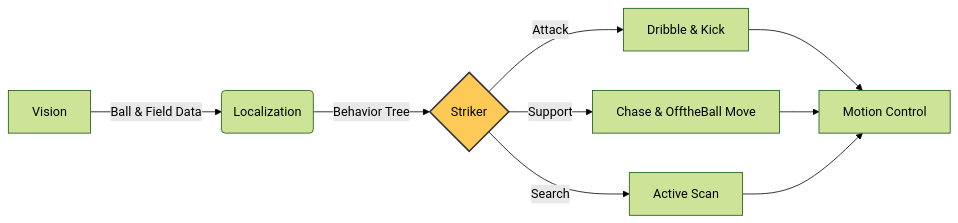
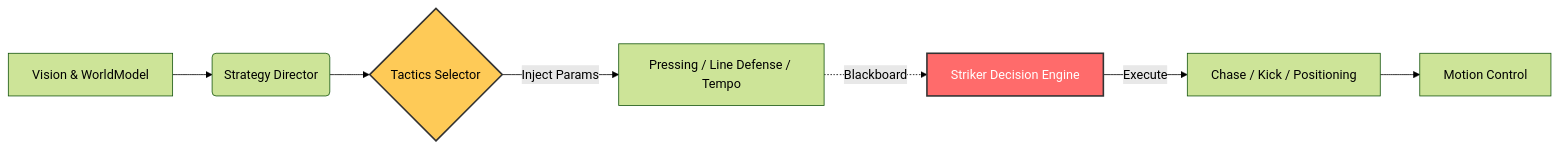
The diagram in README.md (Inha-united-soccer/INHA_Striker), drawn with Mermaid (forest theme) before and after one commit. The commit also changed other lines of this file, not shown here.

````diff
--- a/README.md
+++ b/README.md
@@ -49,15 +55,14 @@
 ```mermaid
 graph LR
-    A[Vision] -->|Ball & Field Data| B(Localization)
+    A[Vision & WorldModel] --> B(Strategy Director)
+    B --> C{Tactics Selector}
     
-    B -->|Behavior Tree| C{Striker}
-    C -->|Attack| D[Dribble & Kick]
-    C -->|Support| E[Chase & OfftheBall Move]
-    C -->|Search| F[Active Scan]
+    C -->|Inject Params| D[Pressing / Line Defense / Tempo]
+    D -.->|Blackboard| E[Striker Decision Engine]
     
-    D --> G[Motion Control]
-    E --> G
-    F --> G
+    E -->|Execute| F[Chase / Kick / Positioning]
+    F --> G[Motion Control]
 
     style C fill:#feca57,stroke:#333,stroke-width:2px,color:black
+    style E fill:#ff6b6b,stroke:#333,stroke-width:2px,color:white
 ```
````
